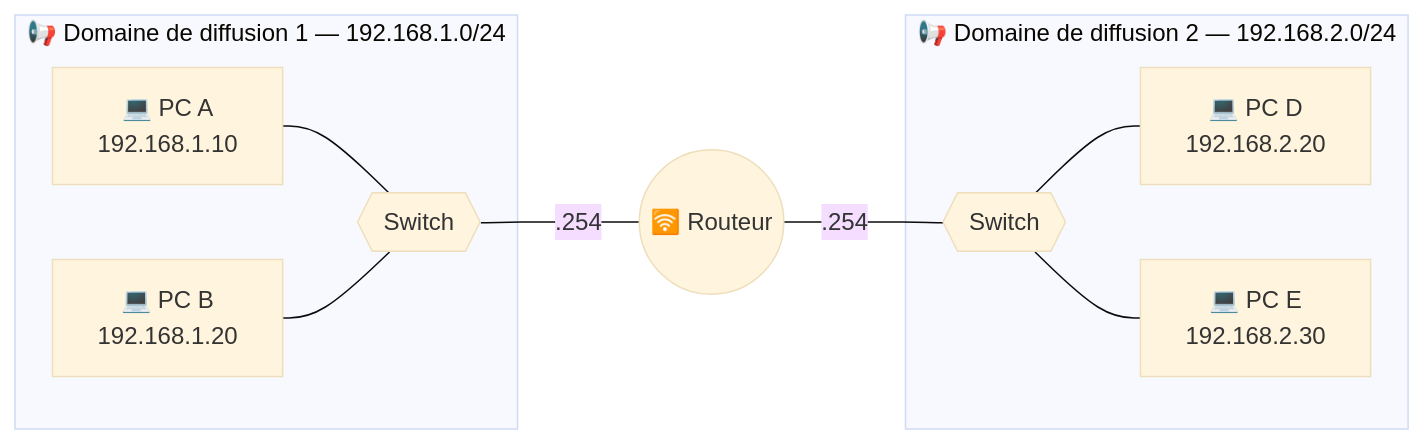
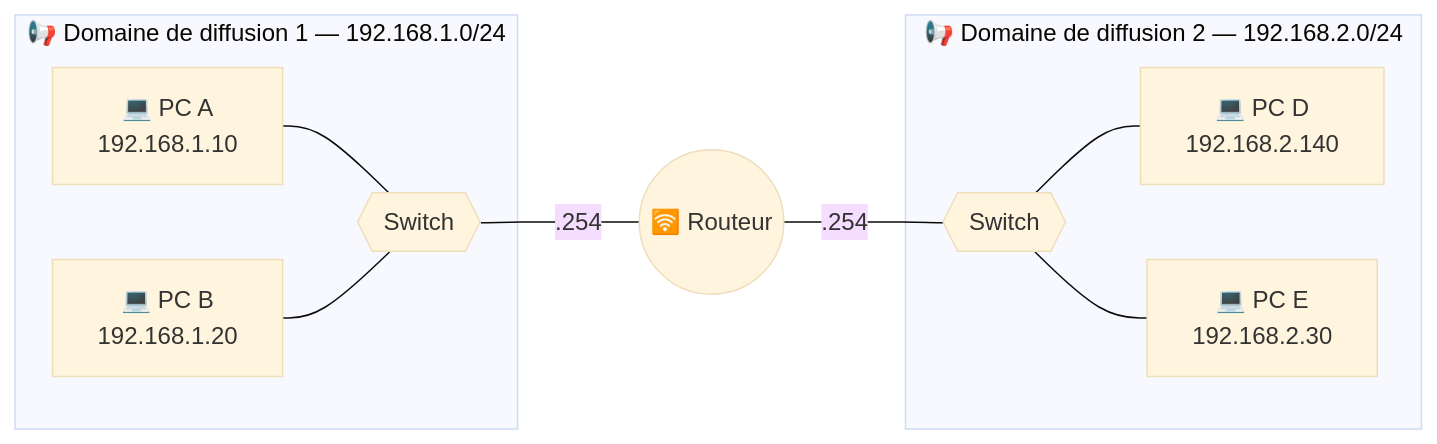
One commit to Maqi25/TSSR-COURS changed the first of 3 diagrams in docs/cours/cours-01-bases-des-reseaux/module-4-la-communication/index.md. Above: the diagram before and after it, drawn with Mermaid (base theme). The commit also changed other lines of this file, not shown here.

````diff
--- a/docs/cours/cours-01-bases-des-reseaux/module-4-la-communication/index.md
+++ b/docs/cours/cours-01-bases-des-reseaux/module-4-la-communication/index.md
@@ -39,13 +24,13 @@
 ```mermaid
 flowchart LR
     subgraph D1["📢 Domaine de diffusion 1 — 192.168.1.0/24"]
         A["💻 PC A<br/>192.168.1.10"] --- SW1{{"Switch"}}
         B["💻 PC B<br/>192.168.1.20"] --- SW1
     end
     subgraph D2["📢 Domaine de diffusion 2 — 192.168.2.0/24"]
-        SW2{{"Switch"}} --- D["💻 PC D<br/>192.168.2.20"]
+        SW2{{"Switch"}} --- D["💻 PC D<br/>192.168.2.140"]
         SW2 --- E["💻 PC E<br/>192.168.2.30"]
     end
     SW1 ---|".254"| R(("🛜 Routeur"))
     R ---|".254"| SW2
 ```
````
